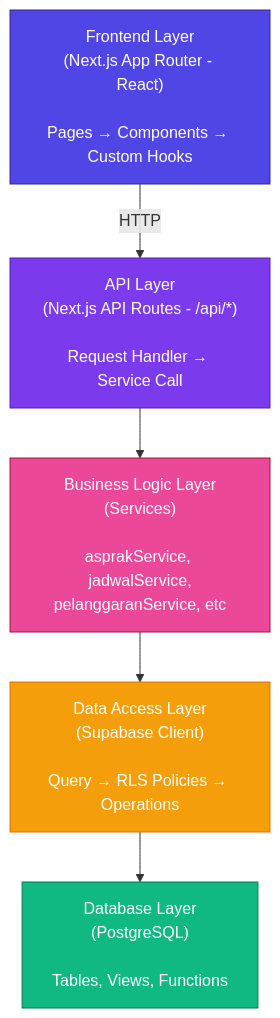
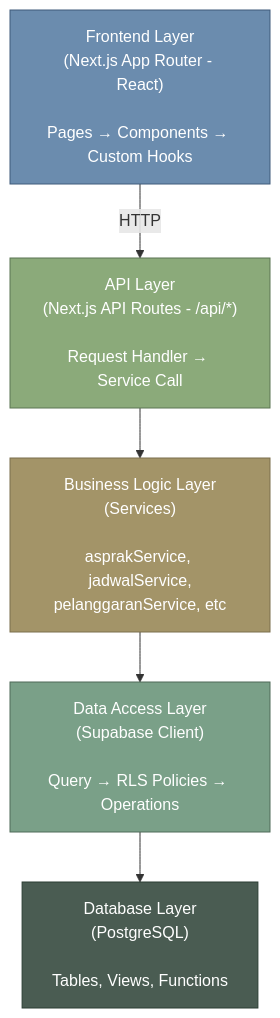
One commit to Informatics-Lab-Tel-U/manajemenasprak changed the diagram in README.md. Above: the diagram before and after it, drawn with Mermaid.

Commit message:
doc: added technical documentation update

````diff
--- a/README.md
+++ b/README.md
@@ -148,19 +148,19 @@
 ```mermaid
 graph TD
     A["Frontend Layer<br/>(Next.js App Router - React)<br/><br/>Pages → Components → Custom Hooks"]
     B["API Layer<br/>(Next.js API Routes - /api/*)<br/><br/>Request Handler → Service Call"]
     C["Business Logic Layer<br/>(Services)<br/><br/>asprakService, jadwalService,<br/>pelanggaranService, etc"]
     D["Data Access Layer<br/>(Supabase Client)<br/><br/>Query → RLS Policies → Operations"]
     E["Database Layer<br/>(PostgreSQL)<br/><br/>Tables, Views, Functions"]
 
     A -->|HTTP| B
     B --> C
     C --> D
     D --> E
 
-    style A fill:#4F46E5,stroke:#312E81,color:#fff
-    style B fill:#7C3AED,stroke:#5B21B6,color:#fff
-    style C fill:#EC4899,stroke:#9E1B32,color:#fff
-    style D fill:#F59E0B,stroke:#D97706,color:#fff
-    style E fill:#10B981,stroke:#047857,color:#fff
+    style A fill:#6B8CAE,stroke:#3F5A7A,color:#fff
+    style B fill:#8BAA7A,stroke:#5A7552,color:#fff
+    style C fill:#A39468,stroke:#7A6E4D,color:#fff
+    style D fill:#7AA088,stroke:#4F6B58,color:#fff
+    style E fill:#4A5C52,stroke:#2A3C32,color:#fff
 ```
````
